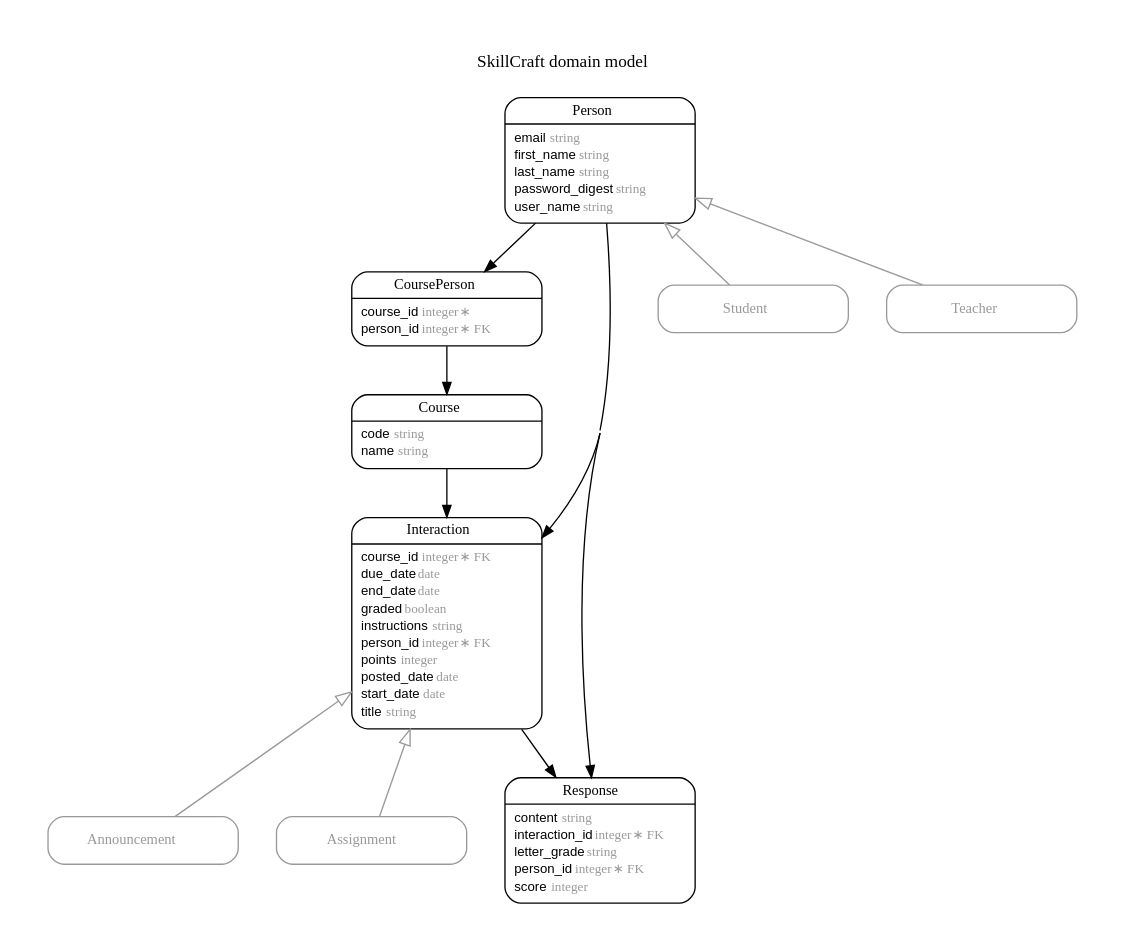
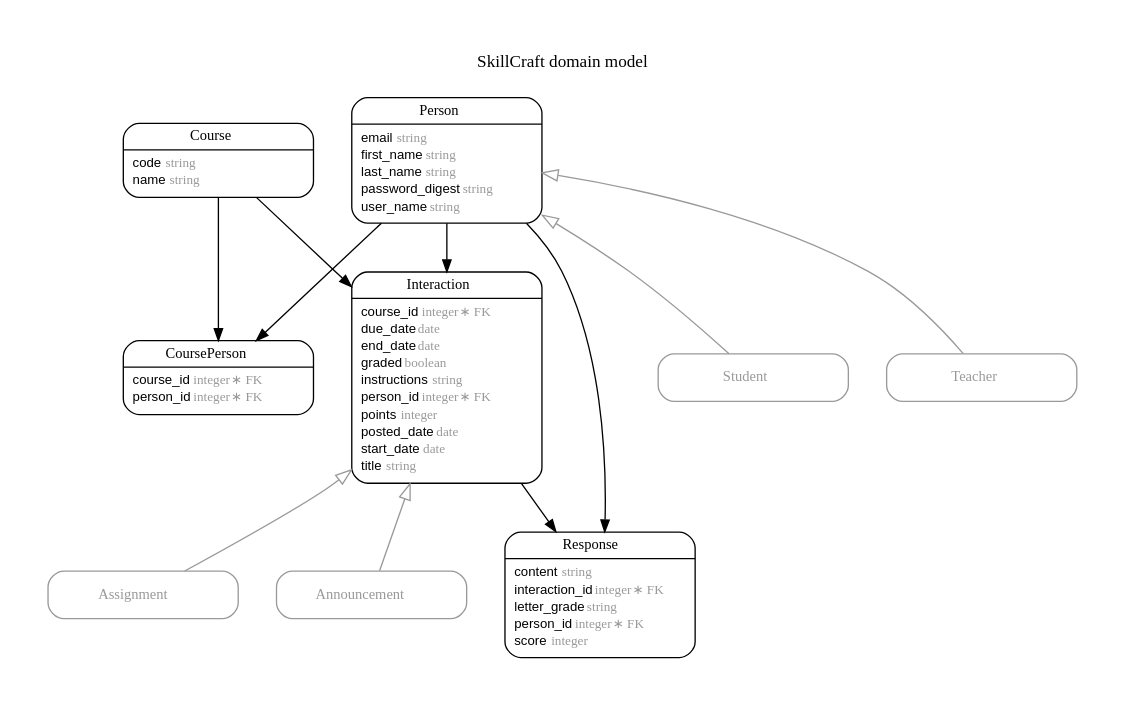
Before and after one commit to FergusDevelopmentLLC/skillcraft: the diagram in erd.dot, drawn with Graphviz. The commit also changed 6 other files, not shown here.

```diff
--- a/erd.dot
+++ b/erd.dot
@@ -1,101 +1,101 @@
 digraph SkillCraft {
 rankdir = "LR";
 ranksep = "0.5";
 nodesep = "0.4";
 pad = "0.4,0.4";
 margin = "0,0";
 concentrate = "true";
 labelloc = "t";
 fontsize = "13";
 fontname = "Arial Bold";
 splines = "spline";
 node[ shape  =  "Mrecord" , fontsize  =  "10" , fontname  =  "Arial" , margin  =  "0.07,0.05" , penwidth  =  "1.0"];
 edge[ fontname  =  "Arial" , fontsize  =  "7" , dir  =  "both" , arrowsize  =  "0.9" , penwidth  =  "1.0" , labelangle  =  "32" , labeldistance  =  "1.8"];
 rankdir = "TB";
 label = "SkillCraft domain model\n\n";
 m_Announcement [color = "grey60", fontcolor = "grey60", label = <{<table border="0" align="center" cellspacing="0.5" cellpadding="0" width="134">
   <tr><td align="center" valign="bottom" width="130"><font face="Arial Bold" point-size="11">Announcement</font></td></tr>
 </table>
 }>];
 m_Assignment [color = "grey60", fontcolor = "grey60", label = <{<table border="0" align="center" cellspacing="0.5" cellpadding="0" width="134">
   <tr><td align="center" valign="bottom" width="130"><font face="Arial Bold" point-size="11">Assignment</font></td></tr>
 </table>
 }>];
 m_Course [label = <{<table border="0" align="center" cellspacing="0.5" cellpadding="0" width="134">
   <tr><td align="center" valign="bottom" width="130"><font face="Arial Bold" point-size="11">Course</font></td></tr>
 </table>
 |
 <table border="0" align="left" cellspacing="2" cellpadding="0" width="134">
   <tr><td align="left" width="130" port="code">code <font face="Arial Italic" color="grey60">string</font></td></tr>
   <tr><td align="left" width="130" port="name">name <font face="Arial Italic" color="grey60">string</font></td></tr>
 </table>
 }>];
 m_CoursePerson [label = <{<table border="0" align="center" cellspacing="0.5" cellpadding="0" width="134">
   <tr><td align="center" valign="bottom" width="130"><font face="Arial Bold" point-size="11">CoursePerson</font></td></tr>
 </table>
 |
 <table border="0" align="left" cellspacing="2" cellpadding="0" width="134">
-  <tr><td align="left" width="130" port="course_id">course_id <font face="Arial Italic" color="grey60">integer ∗</font></td></tr>
+  <tr><td align="left" width="130" port="course_id">course_id <font face="Arial Italic" color="grey60">integer ∗ FK</font></td></tr>
   <tr><td align="left" width="130" port="person_id">person_id <font face="Arial Italic" color="grey60">integer ∗ FK</font></td></tr>
 </table>
 }>];
 m_Interaction [label = <{<table border="0" align="center" cellspacing="0.5" cellpadding="0" width="134">
   <tr><td align="center" valign="bottom" width="130"><font face="Arial Bold" point-size="11">Interaction</font></td></tr>
 </table>
 |
 <table border="0" align="left" cellspacing="2" cellpadding="0" width="134">
   <tr><td align="left" width="130" port="course_id">course_id <font face="Arial Italic" color="grey60">integer ∗ FK</font></td></tr>
   <tr><td align="left" width="130" port="due_date">due_date <font face="Arial Italic" color="grey60">date</font></td></tr>
   <tr><td align="left" width="130" port="end_date">end_date <font face="Arial Italic" color="grey60">date</font></td></tr>
   <tr><td align="left" width="130" port="graded">graded <font face="Arial Italic" color="grey60">boolean</font></td></tr>
   <tr><td align="left" width="130" port="instructions">instructions <font face="Arial Italic" color="grey60">string</font></td></tr>
   <tr><td align="left" width="130" port="person_id">person_id <font face="Arial Italic" color="grey60">integer ∗ FK</font></td></tr>
   <tr><td align="left" width="130" port="points">points <font face="Arial Italic" color="grey60">integer</font></td></tr>
   <tr><td align="left" width="130" port="posted_date">posted_date <font face="Arial Italic" color="grey60">date</font></td></tr>
   <tr><td align="left" width="130" port="start_date">start_date <font face="Arial Italic" color="grey60">date</font></td></tr>
   <tr><td align="left" width="130" port="title">title <font face="Arial Italic" color="grey60">string</font></td></tr>
 </table>
 }>];
 m_Person [label = <{<table border="0" align="center" cellspacing="0.5" cellpadding="0" width="134">
   <tr><td align="center" valign="bottom" width="130"><font face="Arial Bold" point-size="11">Person</font></td></tr>
 </table>
 |
 <table border="0" align="left" cellspacing="2" cellpadding="0" width="134">
   <tr><td align="left" width="130" port="email">email <font face="Arial Italic" color="grey60">string</font></td></tr>
   <tr><td align="left" width="130" port="first_name">first_name <font face="Arial Italic" color="grey60">string</font></td></tr>
   <tr><td align="left" width="130" port="last_name">last_name <font face="Arial Italic" color="grey60">string</font></td></tr>
   <tr><td align="left" width="130" port="password_digest">password_digest <font face="Arial Italic" color="grey60">string</font></td></tr>
   <tr><td align="left" width="130" port="user_name">user_name <font face="Arial Italic" color="grey60">string</font></td></tr>
 </table>
 }>];
 m_Response [label = <{<table border="0" align="center" cellspacing="0.5" cellpadding="0" width="134">
   <tr><td align="center" valign="bottom" width="130"><font face="Arial Bold" point-size="11">Response</font></td></tr>
 </table>
 |
 <table border="0" align="left" cellspacing="2" cellpadding="0" width="134">
   <tr><td align="left" width="130" port="content">content <font face="Arial Italic" color="grey60">string</font></td></tr>
   <tr><td align="left" width="130" port="interaction_id">interaction_id <font face="Arial Italic" color="grey60">integer ∗ FK</font></td></tr>
   <tr><td align="left" width="130" port="letter_grade">letter_grade <font face="Arial Italic" color="grey60">string</font></td></tr>
   <tr><td align="left" width="130" port="person_id">person_id <font face="Arial Italic" color="grey60">integer ∗ FK</font></td></tr>
   <tr><td align="left" width="130" port="score">score <font face="Arial Italic" color="grey60">integer</font></td></tr>
 </table>
 }>];
 m_Student [color = "grey60", fontcolor = "grey60", label = <{<table border="0" align="center" cellspacing="0.5" cellpadding="0" width="134">
   <tr><td align="center" valign="bottom" width="130"><font face="Arial Bold" point-size="11">Student</font></td></tr>
 </table>
 }>];
 m_Teacher [color = "grey60", fontcolor = "grey60", label = <{<table border="0" align="center" cellspacing="0.5" cellpadding="0" width="134">
   <tr><td align="center" valign="bottom" width="130"><font face="Arial Bold" point-size="11">Teacher</font></td></tr>
 </table>
 }>];
   m_Interaction -> m_Announcement [color = "grey60", arrowtail = "onormal", arrowhead = "none", arrowsize = "1.2"];
   m_Interaction -> m_Assignment [color = "grey60", arrowtail = "onormal", arrowhead = "none", arrowsize = "1.2"];
   m_Person -> m_Student [color = "grey60", arrowtail = "onormal", arrowhead = "none", arrowsize = "1.2"];
   m_Person -> m_Teacher [color = "grey60", arrowtail = "onormal", arrowhead = "none", arrowsize = "1.2"];
+  m_Person -> m_Response [arrowhead = "normal", arrowtail = "none", weight = "4"];
   m_Person -> m_Interaction [arrowhead = "normal", arrowtail = "none", weight = "6"];
-  m_Person -> m_Response [arrowhead = "normal", arrowtail = "none", weight = "4"];
   m_Person -> m_CoursePerson [arrowhead = "normal", arrowtail = "none", weight = "4"];
-  m_Course -> m_Interaction [arrowhead = "normal", arrowtail = "none", weight = "3"];
+  m_Course -> m_Interaction [arrowhead = "normal", arrowtail = "none", weight = "4"];
   m_Interaction -> m_Response [arrowhead = "normal", arrowtail = "none", weight = "4"];
-  m_CoursePerson -> m_Course [arrowhead = "normal", arrowtail = "none", weight = "1"];
+  m_Course -> m_CoursePerson [arrowhead = "normal", arrowtail = "none", weight = "2"];
 }
```
